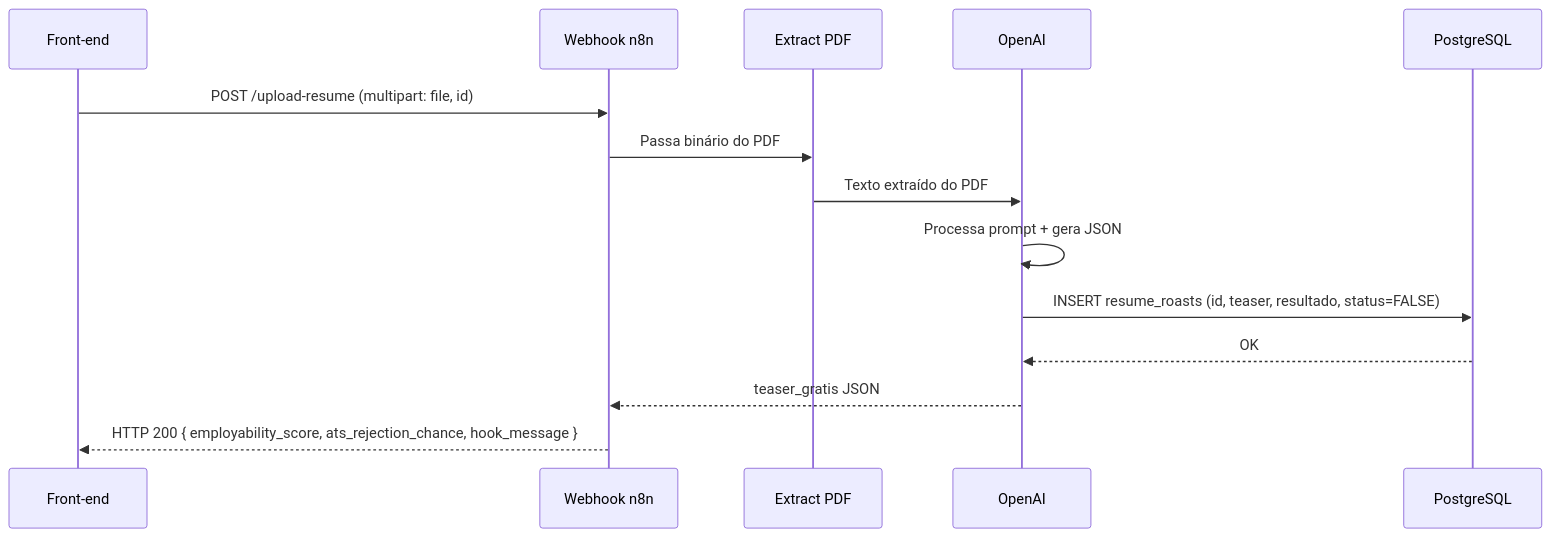
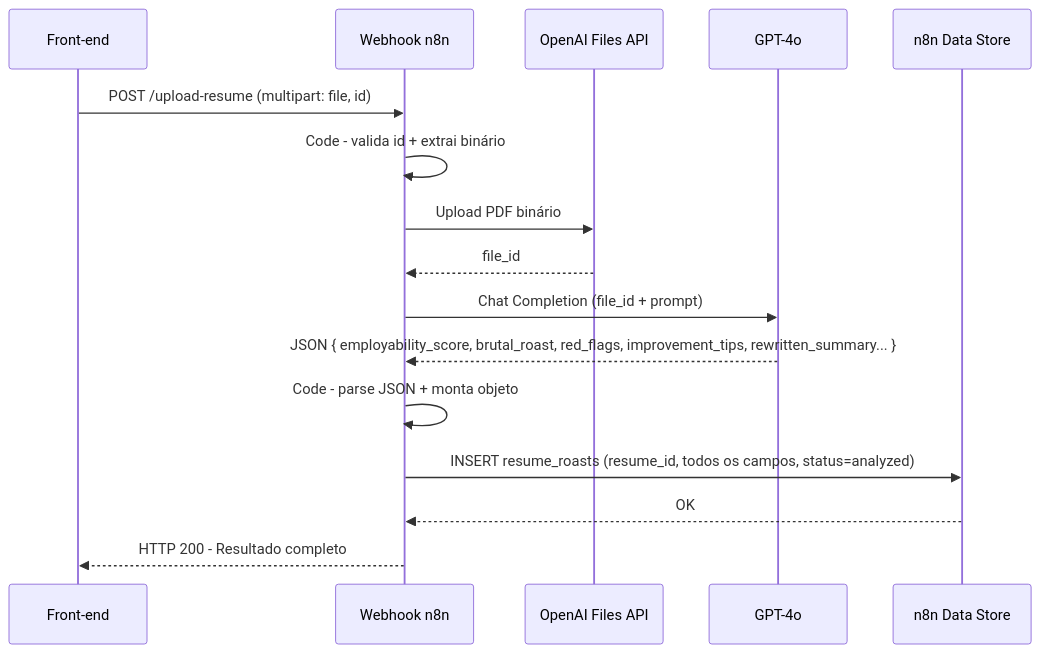
Before and after one commit to Guilherme9484/resume-roast: the second of 3 diagrams in docs/fluxograma.md, drawn with Mermaid. The commit also changed other lines of this file and 3 other files, not shown here.

````diff
--- a/docs/fluxograma.md
+++ b/docs/fluxograma.md
@@ -50,17 +47,19 @@
 ```mermaid
 sequenceDiagram
     participant FE as Front-end
     participant WH as Webhook n8n
-    participant PDF as Extract PDF
-    participant AI as OpenAI
-    participant DB as PostgreSQL
+    participant OA as OpenAI Files API
+    participant GPT as GPT-4o
+    participant DS as n8n Data Store
 
     FE->>WH: POST /upload-resume (multipart: file, id)
-    WH->>PDF: Passa binário do PDF
-    PDF->>AI: Texto extraído do PDF
-    AI->>AI: Processa prompt + gera JSON
-    AI->>DB: INSERT resume_roasts (id, teaser, resultado, status=FALSE)
-    DB-->>AI: OK
-    AI-->>WH: teaser_gratis JSON
-    WH-->>FE: HTTP 200 { employability_score, ats_rejection_chance, hook_message }
+    WH->>WH: Code - valida id + extrai binário
+    WH->>OA: Upload PDF binário
+    OA-->>WH: file_id
+    WH->>GPT: Chat Completion (file_id + prompt)
+    GPT-->>WH: JSON { employability_score, brutal_roast, red_flags, improvement_tips, rewritten_summary... }
+    WH->>WH: Code - parse JSON + monta objeto
+    WH->>DS: INSERT resume_roasts (resume_id, todos os campos, status=analyzed)
+    DS-->>WH: OK
+    WH-->>FE: HTTP 200 - Resultado completo
 ```
````
